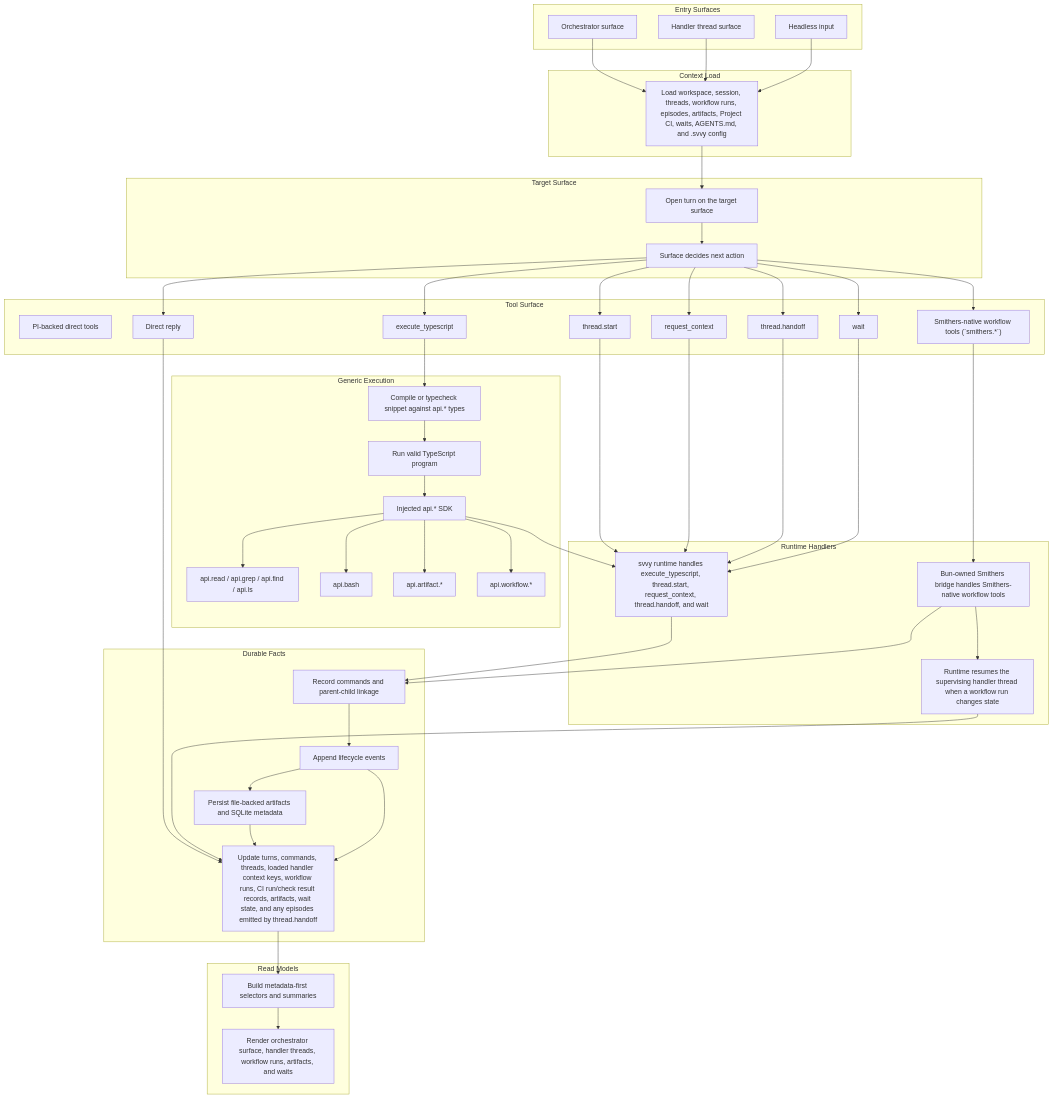
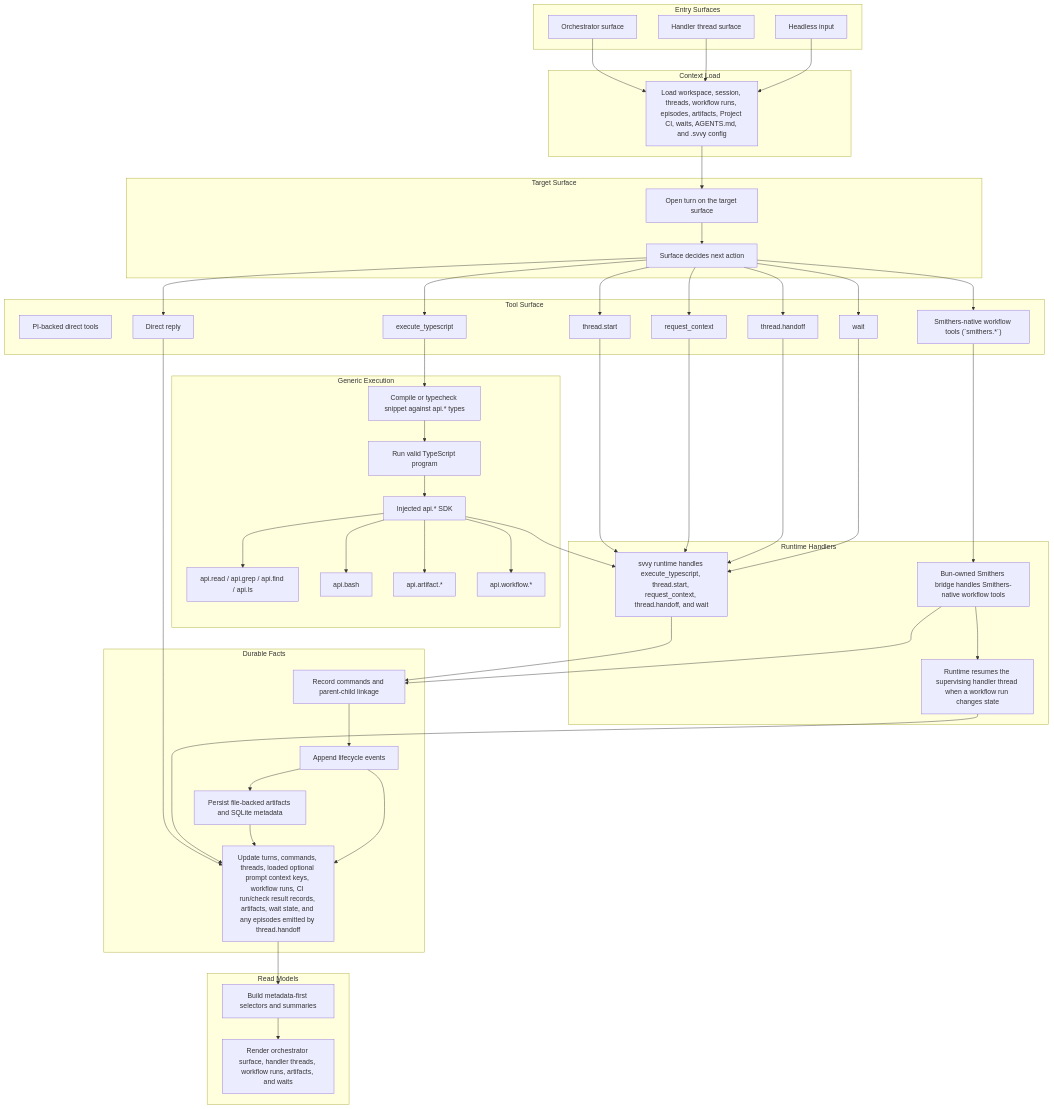
The diagram in docs/execution-model.md (0xpolarzero/hellm), drawn with Mermaid before and after one commit. The commit also changed other lines of this file and 39 other files, not shown here.

```diff
--- a/docs/execution-model.md
+++ b/docs/execution-model.md
@@ -75,7 +75,7 @@
         Commands["Record commands and parent-child linkage"]
         Events["Append lifecycle events"]
         Artifacts["Persist file-backed artifacts and SQLite metadata"]
-        State["Update turns, commands, threads, loaded handler context keys, workflow runs, CI run/check result records, artifacts, wait state, and any episodes emitted by thread.handoff"]
+        State["Update turns, commands, threads, loaded optional prompt context keys, workflow runs, CI run/check result records, artifacts, wait state, and any episodes emitted by thread.handoff"]
     end
 
     subgraph ReadModels["Read Models"]
```
